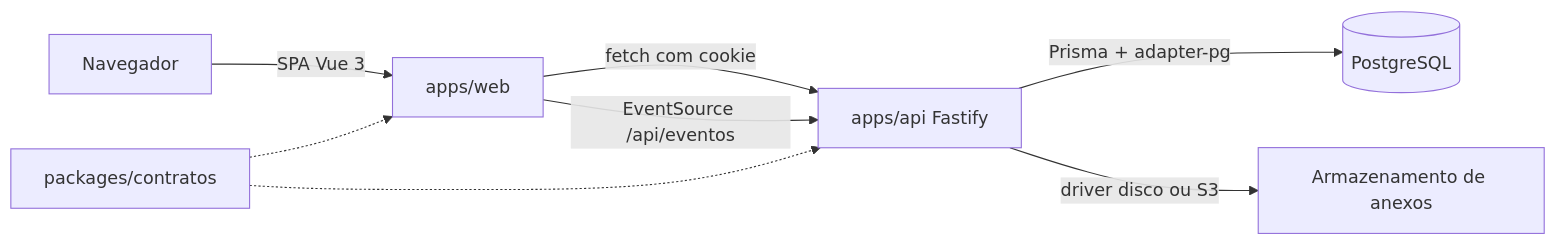
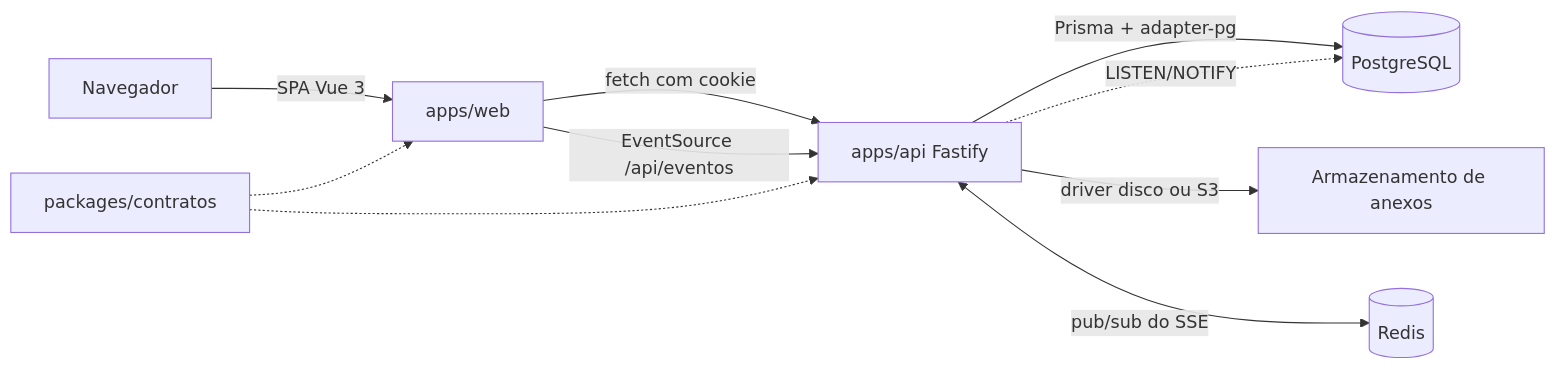
One commit to eemtijca/buscapp changed the first of 2 diagrams in docs/arquitetura.md. Above: the diagram before and after it, drawn with Mermaid. The commit also changed other lines of this file and 14 other files, not shown here.

````diff
--- a/docs/arquitetura.md
+++ b/docs/arquitetura.md
@@ -7,10 +7,12 @@
 ```mermaid
 flowchart LR
   N[Navegador] -->|SPA Vue 3| W[apps/web]
   W -->|fetch com cookie| A[apps/api Fastify]
   W -->|EventSource /api/eventos| A
   A -->|Prisma + adapter-pg| D[(PostgreSQL)]
   A -->|driver disco ou S3| F[Armazenamento de anexos]
+  A <-->|pub/sub do SSE| R[(Redis)]
+  A -.->|LISTEN/NOTIFY| D
   C[packages/contratos] -.-> W
   C -.-> A
 ```
````
